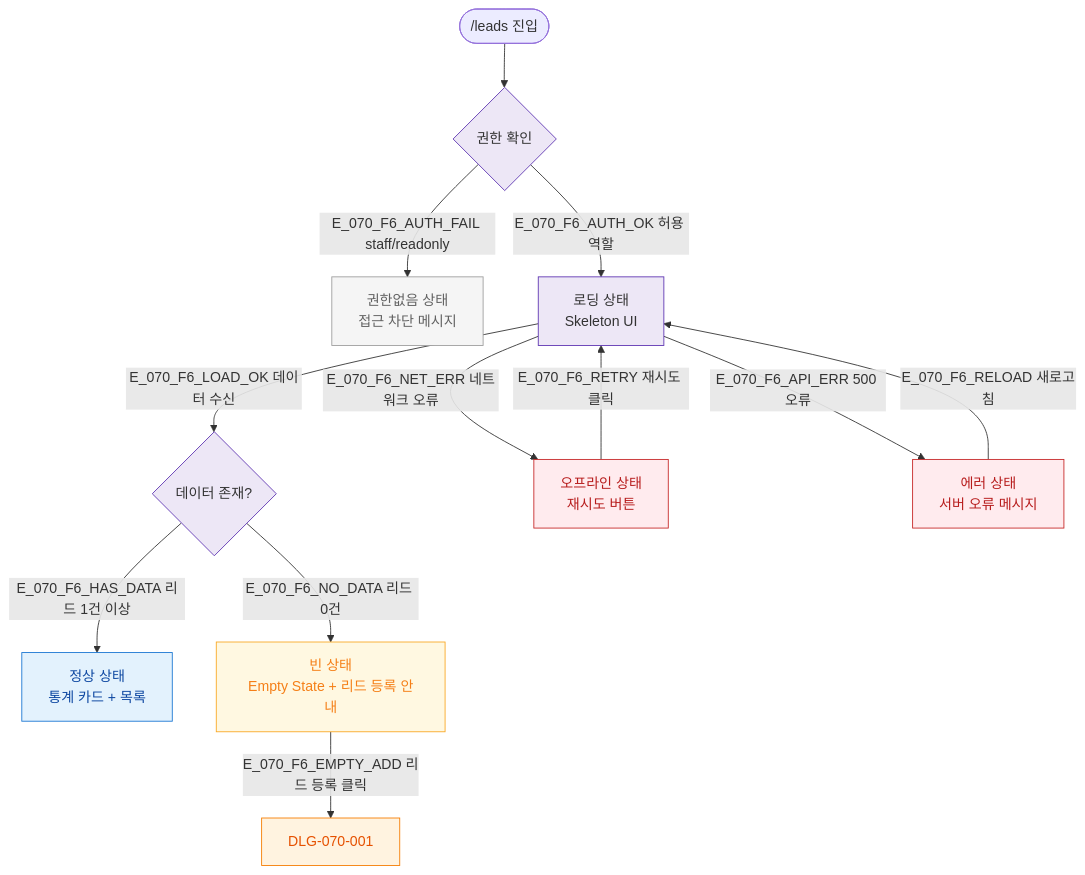
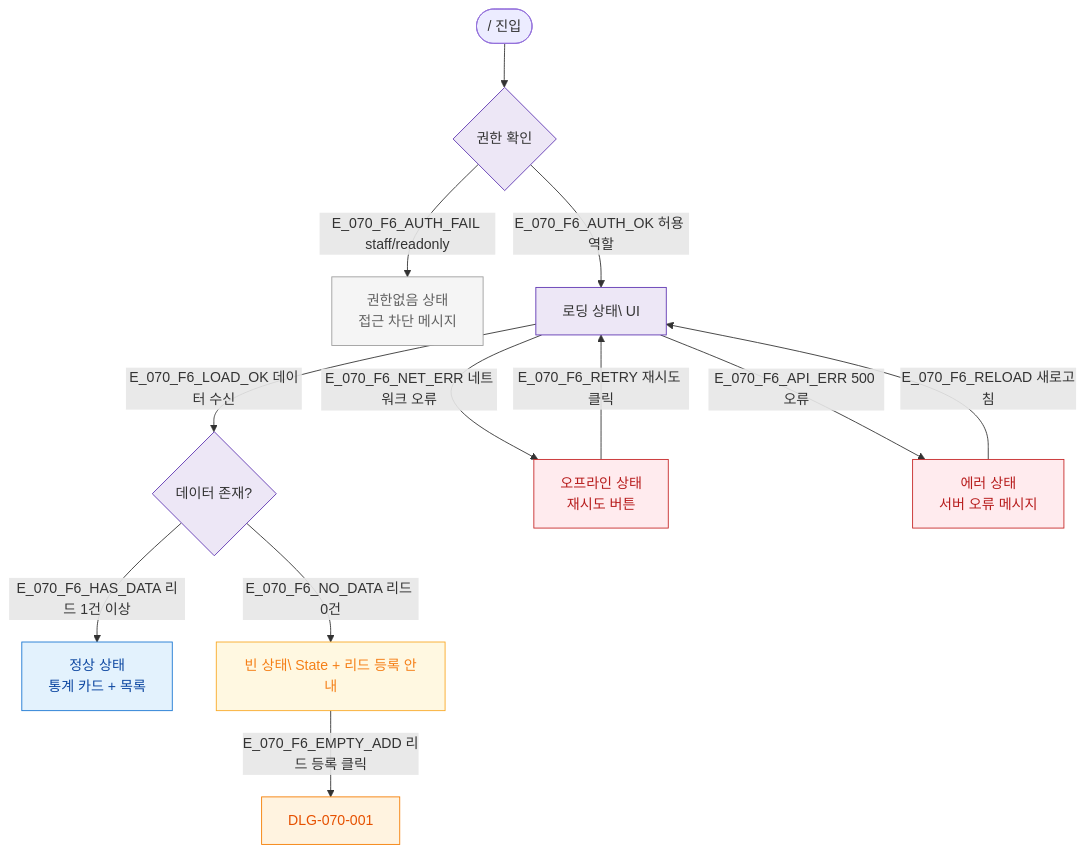
The diagram in docs/다이어그램/D08_마케팅/SCR-070_리드관리/F6_상태별화면.md (dev-spogym/admin-pando), drawn with Mermaid before and after one commit. The commit also changed other lines of this file and 1660 other files, not shown here.

First line of the commit message:
다이어그램: 기획자/클라이언트 납품본으로 정리

````diff
--- a/docs/다이어그램/D08_마케팅/SCR-070_리드관리/F6_상태별화면.md
+++ b/docs/다이어그램/D08_마케팅/SCR-070_리드관리/F6_상태별화면.md
@@ -22,32 +20,32 @@
 ```mermaid
 flowchart TD
-  ENTER([/leads 진입]) --> AUTH_CHECK{권한 확인}
+  ENTER([/ 진입]) --> AUTH_CHECK{권한 확인}
 
-  AUTH_CHECK -->|E_070_F6_AUTH_FAIL staff/readonly| STATE_BLOCKED[권한없음 상태\n접근 차단 메시지]
-  AUTH_CHECK -->|E_070_F6_AUTH_OK 허용 역할| LOADING[로딩 상태\nSkeleton UI]
+  AUTH_CHECK -->|E_070_F6_AUTH_FAIL staff/readonly|STATE_BLOCKED[권한없음 상태\n접근 차단 메시지]
+  AUTH_CHECK -->|E_070_F6_AUTH_OK 허용 역할|LOADING[로딩 상태\ UI]
 
-  LOADING -->|E_070_F6_LOAD_OK 데이터 수신| DATA_CHECK{데이터 존재?}
-  LOADING -->|E_070_F6_NET_ERR 네트워크 오류| STATE_OFFLINE[오프라인 상태\n재시도 버튼]
-  LOADING -->|E_070_F6_API_ERR 500 오류| STATE_ERROR[에러 상태\n서버 오류 메시지]
+  LOADING -->|E_070_F6_LOAD_OK 데이터 수신|DATA_CHECK{데이터 존재?}
+  LOADING -->|E_070_F6_NET_ERR 네트워크 오류|STATE_OFFLINE[오프라인 상태\n재시도 버튼]
+  LOADING -->|E_070_F6_API_ERR 500 오류|STATE_ERROR[에러 상태\n서버 오류 메시지]
 
-  DATA_CHECK -->|E_070_F6_HAS_DATA 리드 1건 이상| STATE_NORMAL[정상 상태\n통계 카드 + 목록]
-  DATA_CHECK -->|E_070_F6_NO_DATA 리드 0건| STATE_EMPTY[빈 상태\nEmpty State + 리드 등록 안내]
+  DATA_CHECK -->|E_070_F6_HAS_DATA 리드 1건 이상|STATE_NORMAL[정상 상태\n통계 카드 + 목록]
+  DATA_CHECK -->|E_070_F6_NO_DATA 리드 0건|STATE_EMPTY[빈 상태\ State + 리드 등록 안내]
 
-  STATE_EMPTY -->|E_070_F6_EMPTY_ADD 리드 등록 클릭| DLG_001[DLG-070-001]
-  STATE_OFFLINE -->|E_070_F6_RETRY 재시도 클릭| LOADING
-  STATE_ERROR -->|E_070_F6_RELOAD 새로고침| LOADING
+  STATE_EMPTY -->|E_070_F6_EMPTY_ADD 리드 등록 클릭|DLG_001[DLG-070-001]
+  STATE_OFFLINE -->|E_070_F6_RETRY 재시도 클릭|LOADING
+  STATE_ERROR -->|E_070_F6_RELOAD 새로고침|LOADING
 
-  classDef screen      fill:#E3F2FD,stroke:#1976D2,color:#0D47A1
-  classDef modal       fill:#FFF3E0,stroke:#F57C00,color:#E65100
-  classDef error       fill:#FFEBEE,stroke:#C62828,color:#B71C1C
-  classDef warning     fill:#FFF8E1,stroke:#F9A825,color:#F57F17
-  classDef system      fill:#EDE7F6,stroke:#5E35B2
+  classDef screen fill:#E3F2FD,stroke:#1976D2,color:#0D47A1
+  classDef modal fill:#FFF3E0,stroke:#F57C00,color:#E65100
+  classDef error fill:#FFEBEE,stroke:#C62828,color:#B71C1C
+  classDef warning fill:#FFF8E1,stroke:#F9A825,color:#F57F17
+  classDef system fill:#EDE7F6,stroke:#5E35B2
   classDef rbacBlocked fill:#F5F5F5,stroke:#9E9E9E,color:#616161
 
   class STATE_NORMAL screen
   class DLG_001 modal
   class STATE_ERROR,STATE_OFFLINE error
   class STATE_EMPTY warning
   class LOADING,DATA_CHECK,AUTH_CHECK system
   class STATE_BLOCKED rbacBlocked
 ```
````
